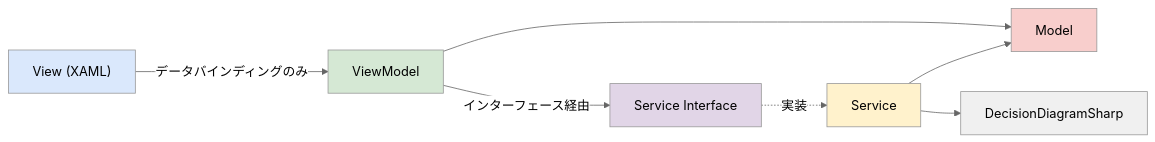
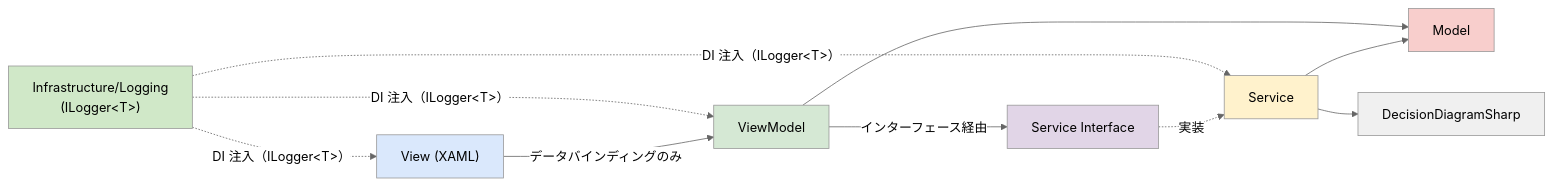
Diagram 13 of 16 in docs/architecture.md (urario/DecisionDiagramStudio), drawn with Mermaid (neutral theme) before and after one commit. The commit also changed other lines of this file and 17 other files, not shown here.

````diff
--- a/docs/architecture.md
+++ b/docs/architecture.md
@@ -672,23 +677,29 @@
 ```mermaid
 graph LR
     V["View (XAML)"]
     VM["ViewModel"]
     S["Service"]
     M["Model"]
     IFACE["Service Interface"]
     LIB["DecisionDiagramSharp"]
+    INFRA["Infrastructure/Logging<br/>(ILogger&lt;T&gt;)"]
 
     V -->|"データバインディングのみ"| VM
     VM -->|"インターフェース経由"| IFACE
     IFACE -.->|"実装"| S
     S --> M
     S --> LIB
     VM --> M
 
+    INFRA -.->|"DI 注入（ILogger&lt;T&gt;）"| V
+    INFRA -.->|"DI 注入（ILogger&lt;T&gt;）"| VM
+    INFRA -.->|"DI 注入（ILogger&lt;T&gt;）"| S
+
     style V fill:#dae8fc
     style VM fill:#d5e8d4
     style S fill:#fff2cc
     style M fill:#f8cecc
     style IFACE fill:#e1d5e7
     style LIB fill:#f0f0f0
+    style INFRA fill:#d0e8c8
 ```
````
